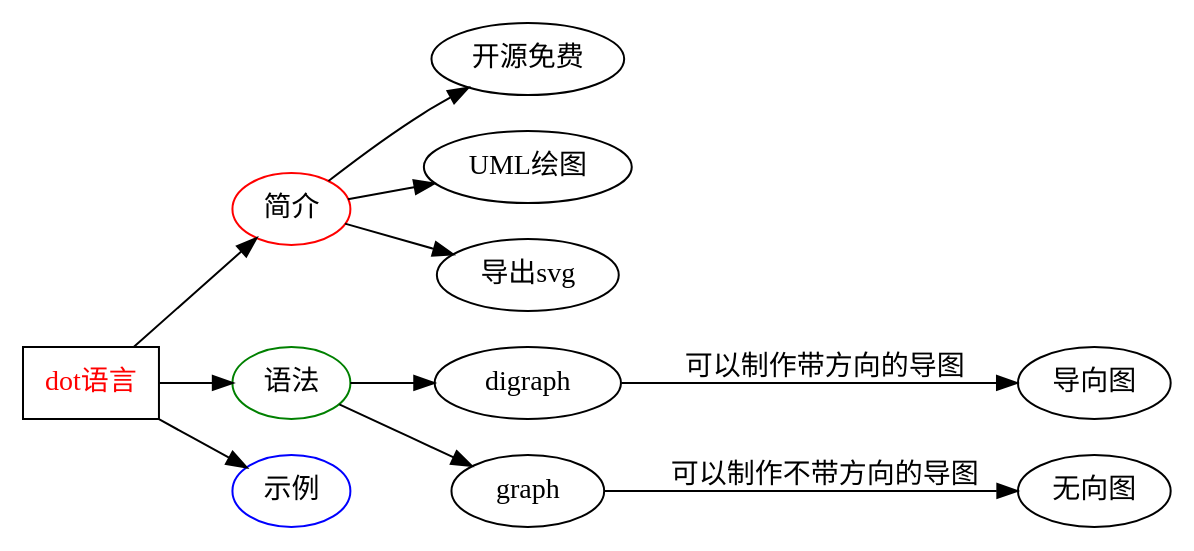
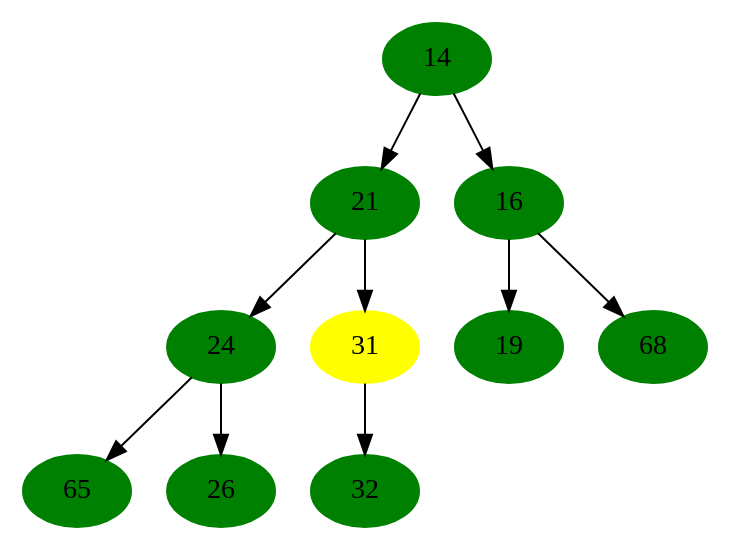
One commit to codeflysafe/datastructure changed the diagram in dots/heap/heap.dot. Above: the diagram before and after it, drawn with Graphviz. The commit also changed 19 other files, not shown here.

```diff
--- a/dots/heap/heap.dot
+++ b/dots/heap/heap.dot
@@ -1,12 +1,9 @@
 digraph heap{
-    rankdir=LR  //方向左右
-    dot语言->{简介,语法,示例}
-    dot语言[shape=box,fontcolor=red]
-    简介[color=red]
-    语法[color=green]
-    示例[color=blue]
-    简介->{开源免费,UML绘图,导出svg}
-    语法->{"digraph","graph"}
-    "digraph"->导向图[label=可以制作带方向的导图]
-    "graph"->无向图[label=可以制作不带方向的导图]
+    node[style=filled,color=green];
+    14->{21,16};
+    21->{24,31};
+    16->{19,68};
+    24->{65,26};
+    31->{32};
+    31[color=yellow];
 }
```
